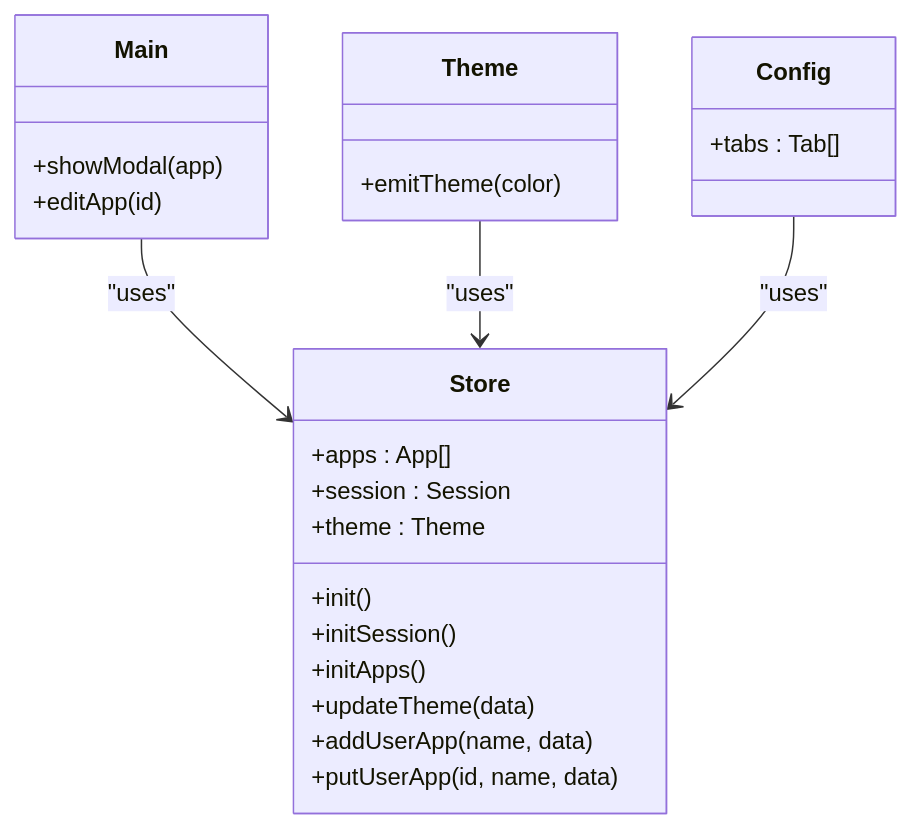
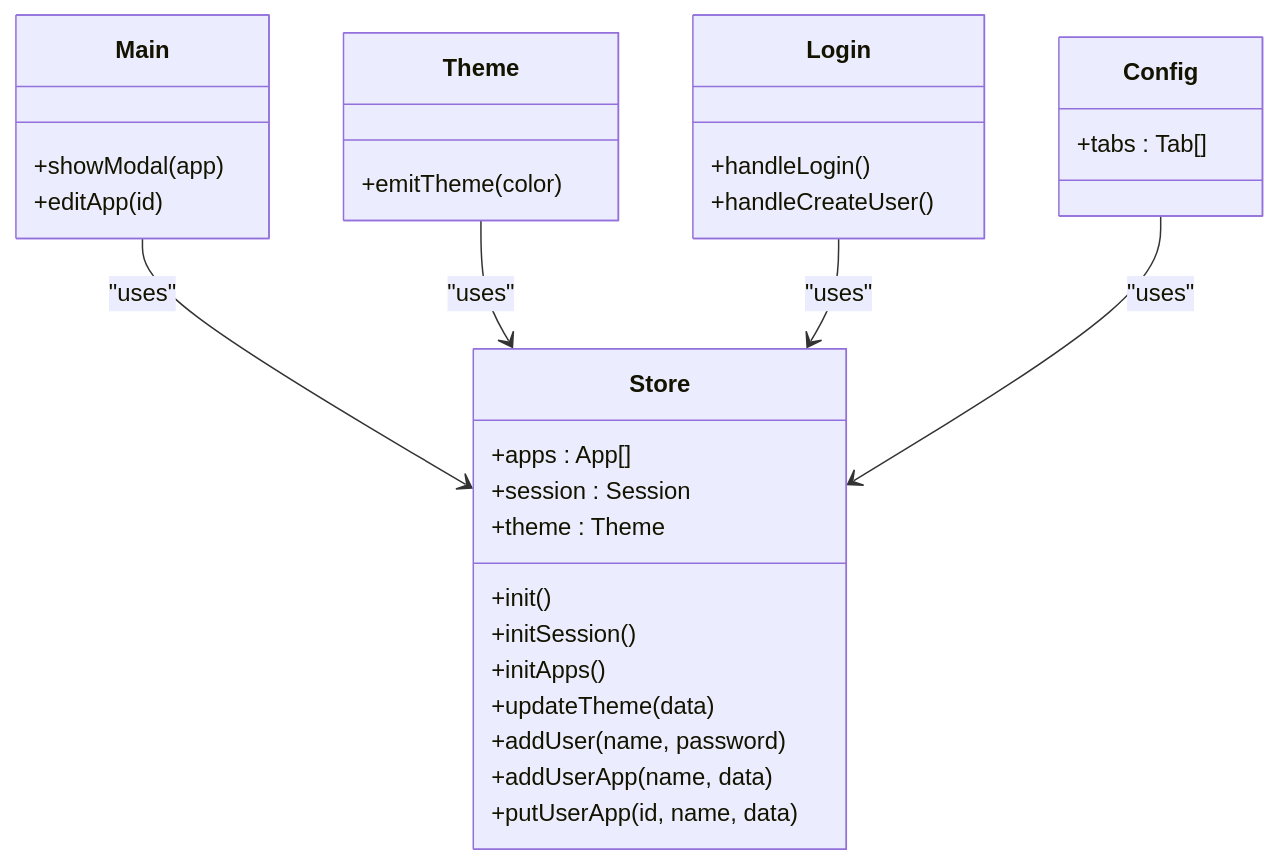
One commit to xinyo/startora changed the seventh of 9 diagrams in .qoder/repowiki/en/content/Frontend Application/Frontend Application.md. Above: the diagram before and after it, drawn with Mermaid. The commit also changed other lines of this file and 19 other files, not shown here.

````diff
--- a/.qoder/repowiki/en/content/Frontend Application/Frontend Application.md
+++ b/.qoder/repowiki/en/content/Frontend Application/Frontend Application.md
@@ -284,27 +314,33 @@
 ```mermaid
 classDiagram
 class Store {
 +apps : App[]
 +session : Session
 +theme : Theme
 +init()
 +initSession()
 +initApps()
 +updateTheme(data)
++addUser(name, password)
 +addUserApp(name, data)
 +putUserApp(id, name, data)
 }
 class Main {
 +showModal(app)
 +editApp(id)
 }
 class Theme {
 +emitTheme(color)
 }
+class Login {
++handleLogin()
++handleCreateUser()
+}
 class Config {
 +tabs : Tab[]
 }
 Main --> Store : "uses"
 Theme --> Store : "uses"
+Login --> Store : "uses"
 Config --> Store : "uses"
 ```
````
